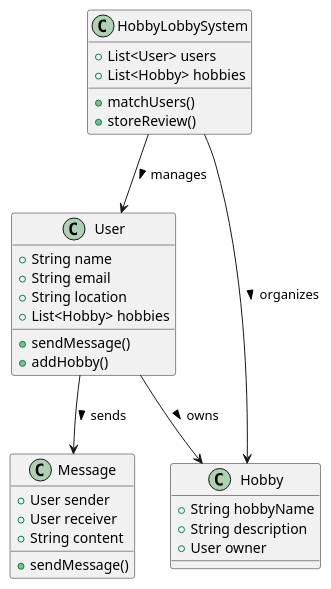
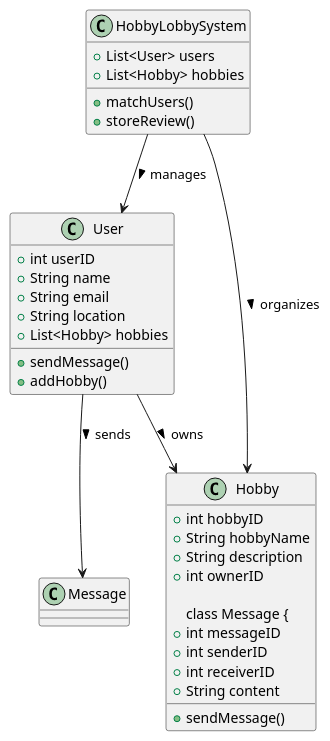
Before and after one commit to ubaid3199/HobbyLobby: the diagram in static/UML/Class.puml, drawn with PlantUML. The commit also changed 1 other file, not shown here.

Commit message:
Added the Class Diagram and the Sequence diagram for Sprint 2

```diff
--- a/static/UML/Class.puml
+++ b/static/UML/Class.puml
@@ -1,36 +1,38 @@
 @startuml
 class User {
+    + int userID      
     + String name
     + String email
     + String location
     + List<Hobby> hobbies
     + sendMessage()
     + addHobby()
 }
 
 class Hobby {
+    + int hobbyID     
     + String hobbyName
     + String description
-    + User owner
-}
+    + int ownerID     
 
 class Message {
-    + User sender
-    + User receiver
+    + int messageID   
+    + int senderID    
+    + int receiverID  
     + String content
     + sendMessage()
 }
 
 class HobbyLobbySystem {
     + List<User> users
     + List<Hobby> hobbies
     + matchUsers()
     + storeReview()
 }
 
 User --> Hobby : owns >
 User --> Message : sends >
 HobbyLobbySystem --> User : manages >
 HobbyLobbySystem --> Hobby : organizes >
 
 @enduml
```
